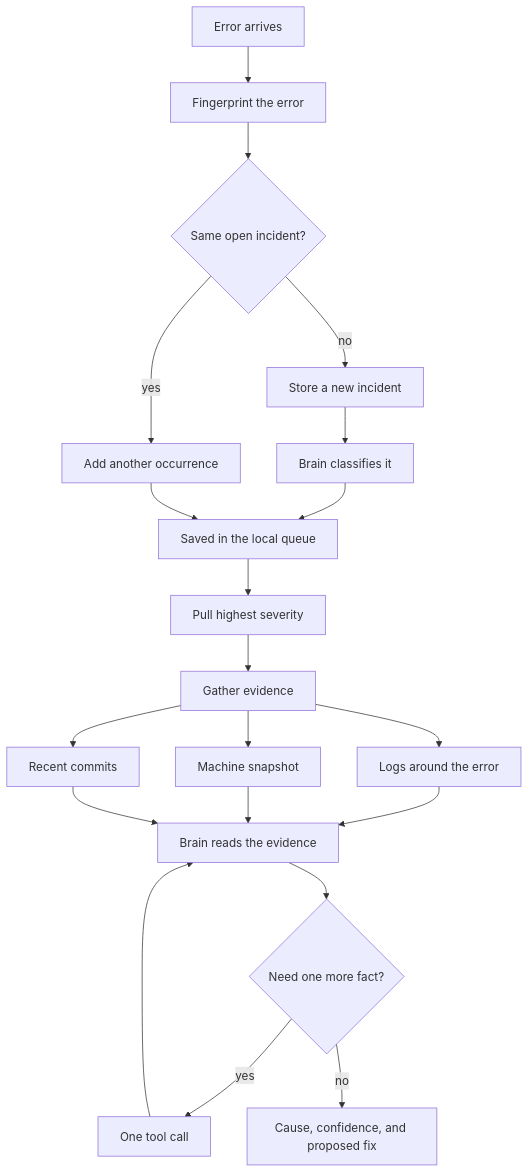
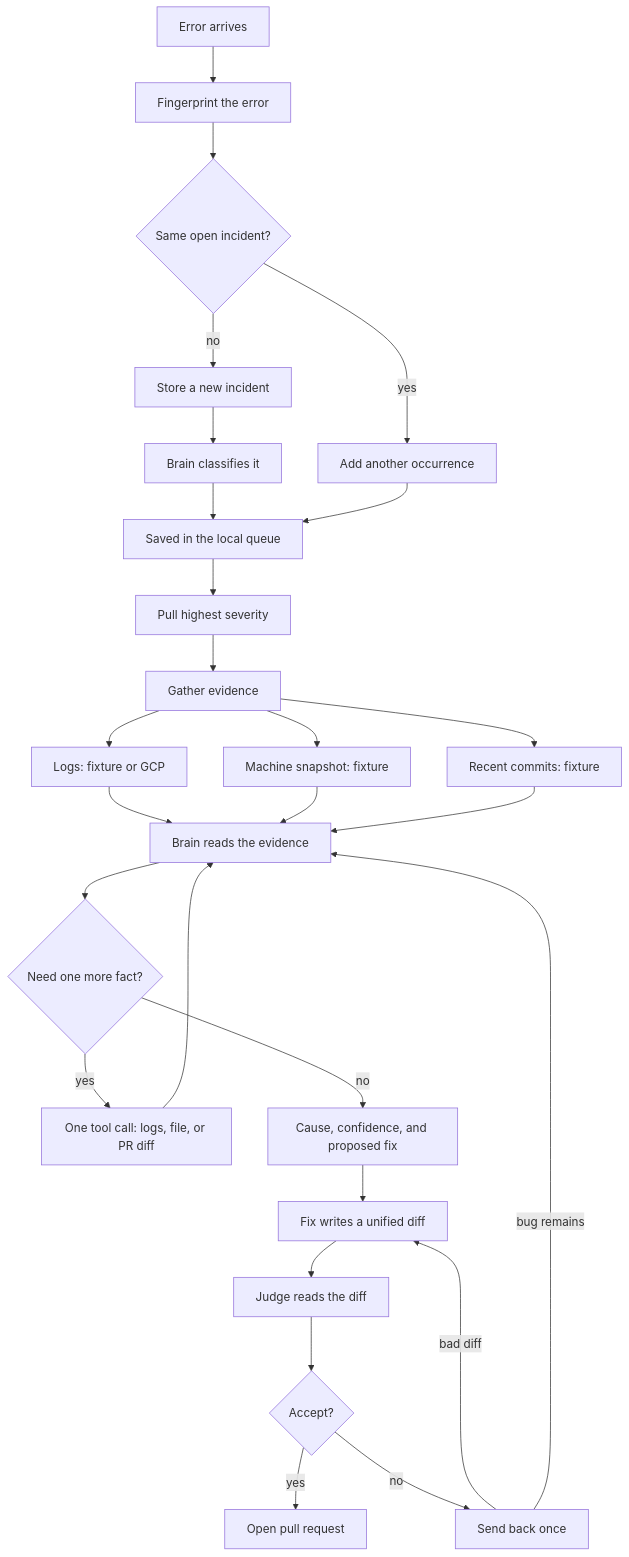
Before and after one commit to ibrahim-lumana/ibrahim-agent-smith: the first of 2 diagrams in docs/architecture.md, drawn with Mermaid. The commit also changed 12 other files, not shown here.

````diff
--- a/docs/architecture.md
+++ b/docs/architecture.md
@@ -11,22 +11,29 @@
 ```mermaid
 flowchart TD
   trigger["Error arrives"] --> fingerprint["Fingerprint the error"]
   fingerprint --> seen{"Same open incident?"}
   seen -->|yes| count["Add another occurrence"]
   seen -->|no| created["Store a new incident"]
   created --> classify["Brain classifies it"]
   classify --> saved["Saved in the local queue"]
   count --> saved
   saved --> pull["Pull highest severity"]
   pull --> evidence["Gather evidence"]
-  evidence --> logs["Logs around the error"]
-  evidence --> machine["Machine snapshot"]
-  evidence --> commits["Recent commits"]
+  evidence --> logs["Logs: fixture or GCP"]
+  evidence --> machine["Machine snapshot: fixture"]
+  evidence --> commits["Recent commits: fixture"]
   logs --> brain["Brain reads the evidence"]
   machine --> brain
   commits --> brain
   brain --> more{"Need one more fact?"}
-  more -->|yes| tool["One tool call"]
+  more -->|yes| tool["One tool call: logs, file, or PR diff"]
   tool --> brain
   more -->|no| result["Cause, confidence, and proposed fix"]
+  result --> fix["Fix writes a unified diff"]
+  fix --> judge["Judge reads the diff"]
+  judge --> accept{"Accept?"}
+  accept -->|yes| pr["Open pull request"]
+  accept -->|no| back["Send back once"]
+  back -->|bad diff| fix
+  back -->|bug remains| brain
 ```
````
